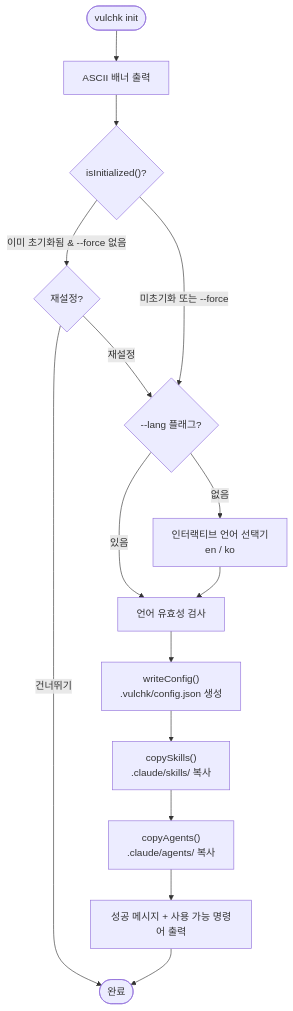
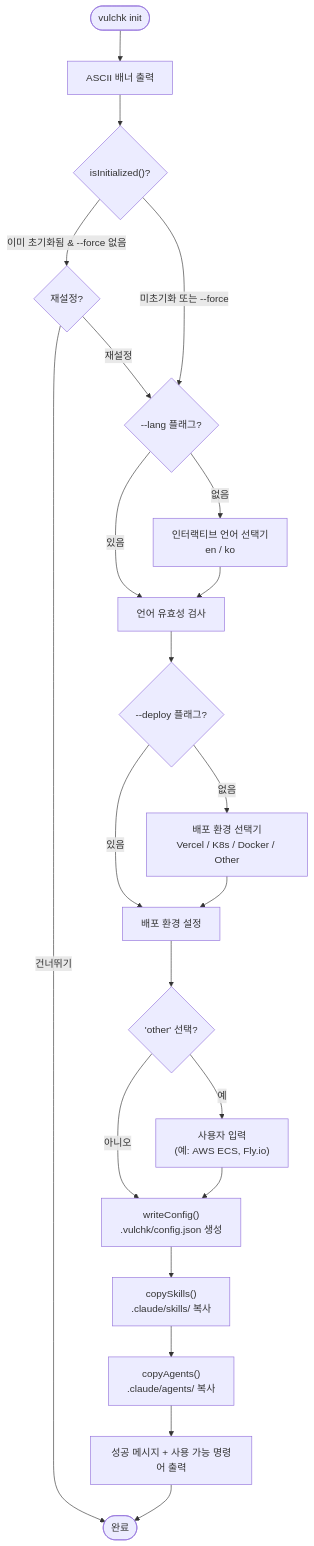
One commit to letsur-dev/vulcheck changed the third of 3 diagrams in design/architecture.md. Above: the diagram before and after it, drawn with Mermaid. The commit also changed other lines of this file and 14 other files, not shown here.

````diff
--- a/design/architecture.md
+++ b/design/architecture.md
@@ -143,20 +143,29 @@
 ```mermaid
 flowchart TD
     Start([vulchk init]) --> Banner["ASCII 배너 출력"]
     Banner --> CheckInit{"isInitialized()?"}
     CheckInit -->|"이미 초기화됨 & --force 없음"| AskReconfigure{"재설정?"}
     AskReconfigure -->|건너뛰기| End([완료])
     AskReconfigure -->|재설정| LangCheck
     CheckInit -->|"미초기화 또는 --force"| LangCheck
 
     LangCheck{"--lang 플래그?"}
     LangCheck -->|있음| Validate["언어 유효성 검사"]
     LangCheck -->|없음| Prompt["인터랙티브 언어 선택기<br>en / ko"]
     Prompt --> Validate
 
-    Validate --> WriteConfig["writeConfig()<br>.vulchk/config.json 생성"]
+    Validate --> DeployCheck{"--deploy 플래그?"}
+    DeployCheck -->|있음| DeploySet["배포 환경 설정"]
+    DeployCheck -->|없음| DeployPrompt["배포 환경 선택기<br>Vercel / K8s / Docker / Other"]
+    DeployPrompt --> DeploySet
+    DeploySet --> OtherCheck{"'other' 선택?"}
+    OtherCheck -->|예| CustomInput["사용자 입력<br>(예: AWS ECS, Fly.io)"]
+    OtherCheck -->|아니오| WriteConfig
+    CustomInput --> WriteConfig
+
+    WriteConfig["writeConfig()<br>.vulchk/config.json 생성"]
     WriteConfig --> CopySkills["copySkills()<br>.claude/skills/ 복사"]
     CopySkills --> CopyAgents["copyAgents()<br>.claude/agents/ 복사"]
     CopyAgents --> Summary["성공 메시지 + 사용 가능 명령어 출력"]
     Summary --> End
 ```
````
